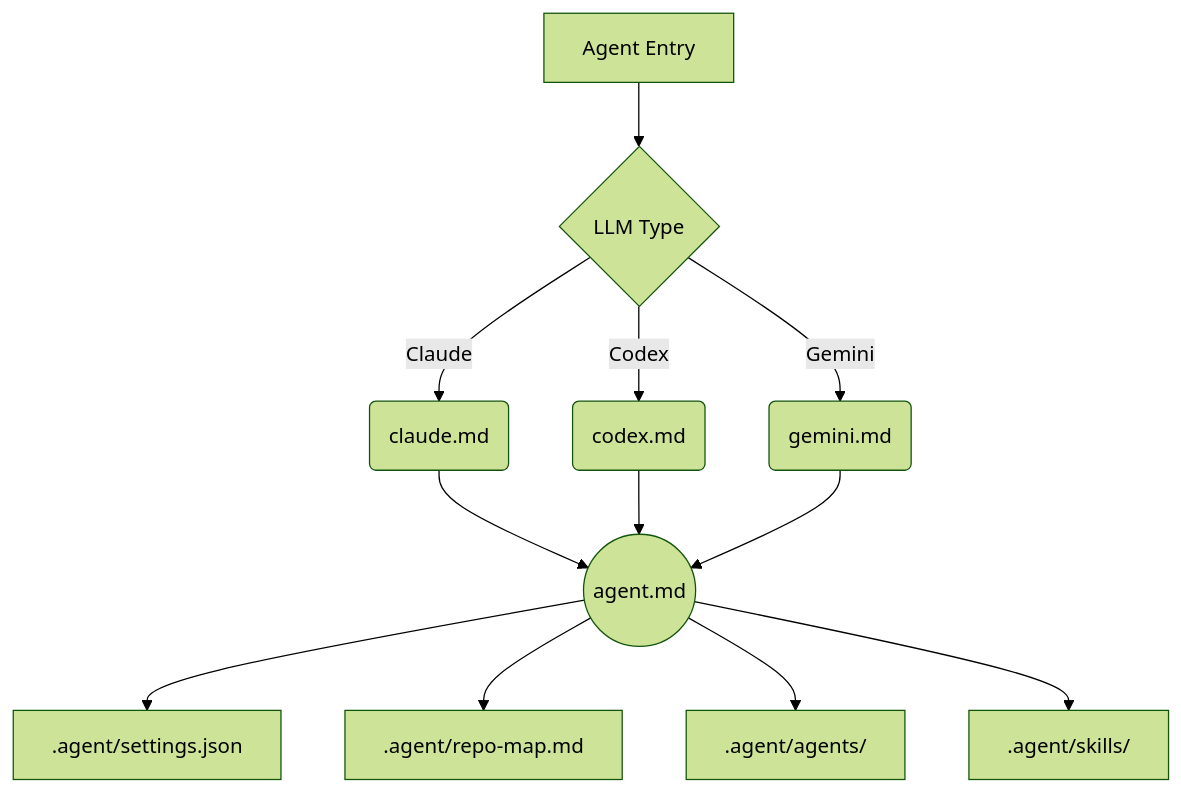
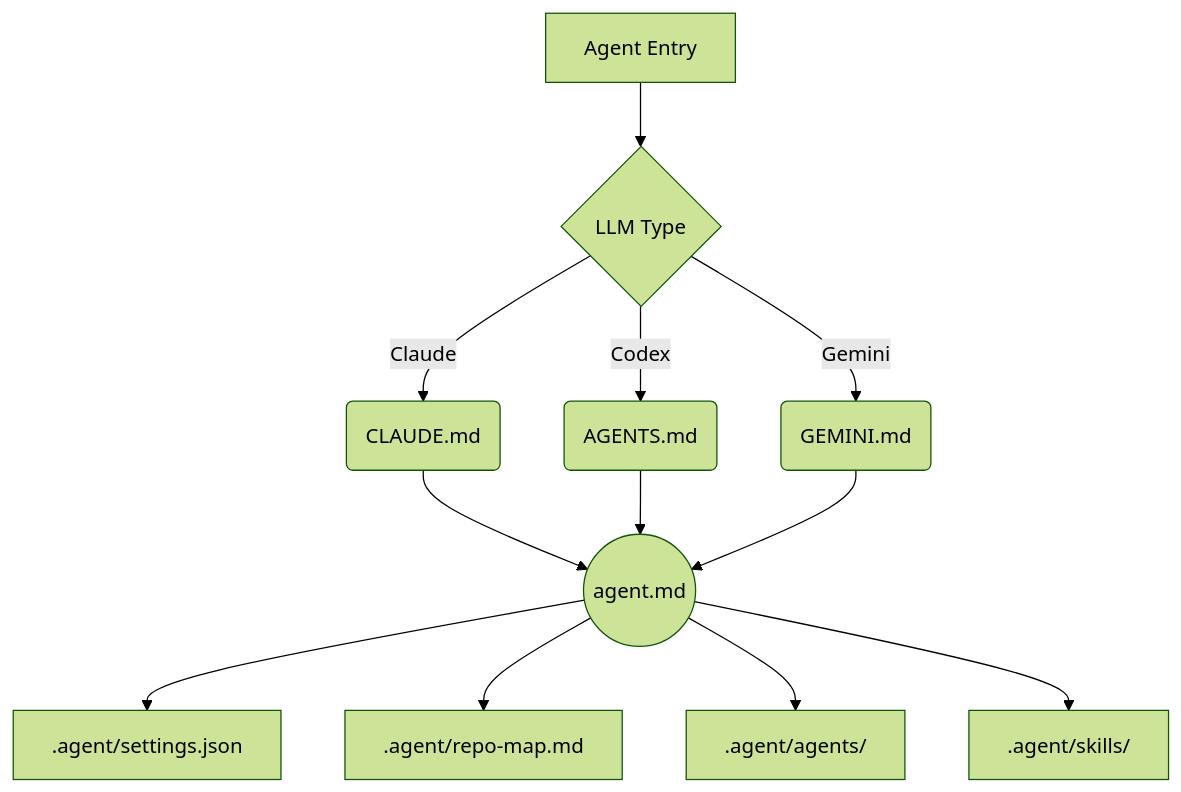
Before and after one commit to AmmarQwaider/agent-coder-harness: the diagram in README.md, drawn with Mermaid (forest theme). The commit also changed other lines of this file and 1 other file, not shown here.

Commit message:
feat: rename entry files to native LLM conventions (CLAUDE.md, AGENTS.md, GEMINI.md)

````diff
--- a/README.md
+++ b/README.md
@@ -28,14 +28,14 @@
 ```mermaid
 graph TD
     A[Agent Entry] --> B{LLM Type}
-    B -->|Claude| C(claude.md)
-    B -->|Codex| D(codex.md)
-    B -->|Gemini| E(gemini.md)
+    B -->|Claude| C(CLAUDE.md)
+    B -->|Codex| D(AGENTS.md)
+    B -->|Gemini| E(GEMINI.md)
     C --> F((agent.md))
     D --> F
     E --> F
     F --> G[.agent/settings.json]
     F --> H[.agent/repo-map.md]
     F --> I[.agent/agents/]
     F --> J[.agent/skills/]
 ```
````
